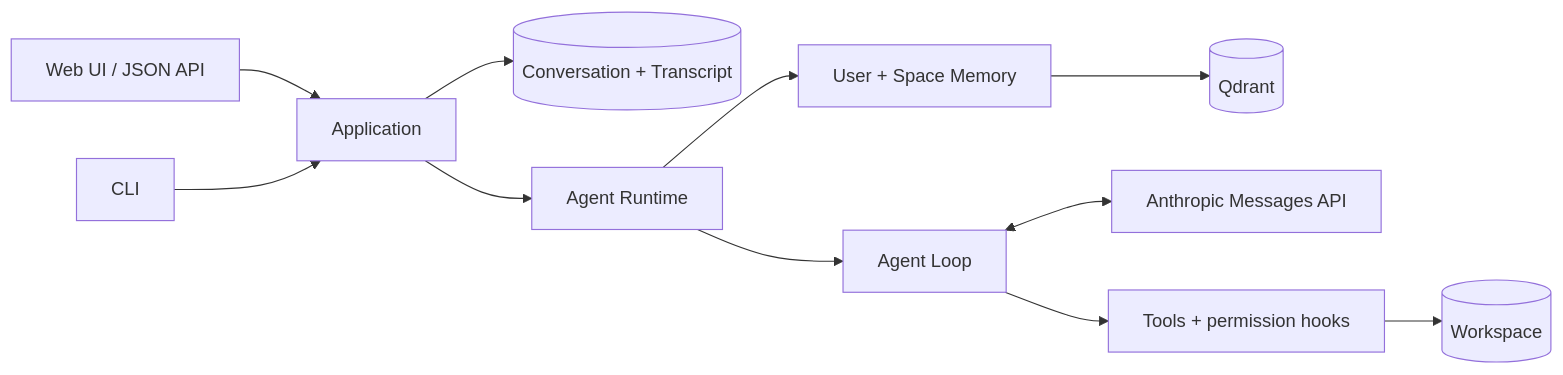
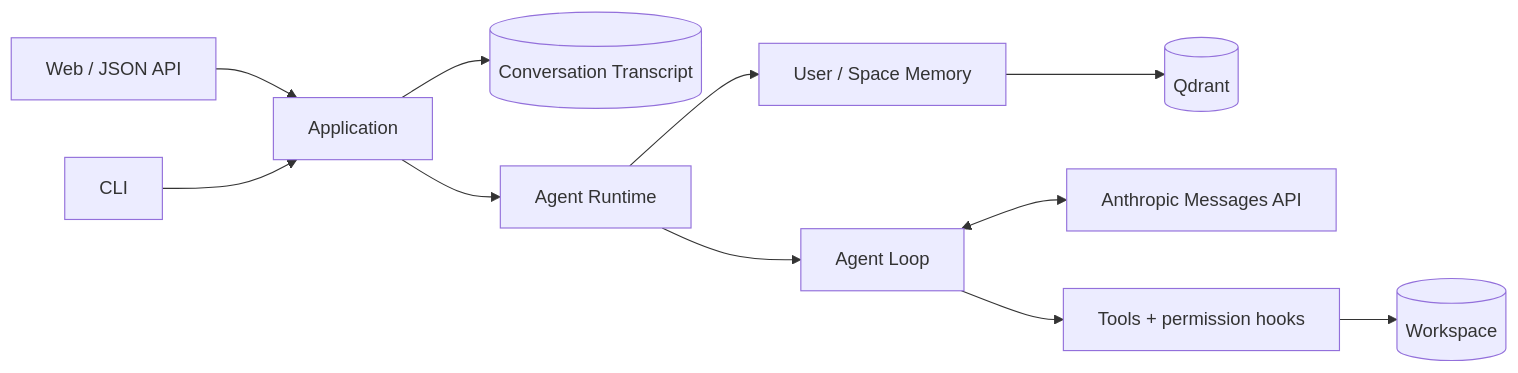
The diagram in README.en.md (JohnnyYwQ/mini-code-agent), drawn with Mermaid before and after one commit. The commit also changed other lines of this file and 113 other files, not shown here.

````diff
--- a/README.en.md
+++ b/README.en.md
@@ -80,13 +54,13 @@
 ```mermaid
 flowchart LR
-    Web[Web UI / JSON API] --> App[Application]
+    Web[Web / JSON API] --> App[Application]
     CLI[CLI] --> App
-    App --> DB[(Conversation + Transcript)]
+    App --> DB[(Conversation Transcript)]
     App --> Runtime[Agent Runtime]
-    Runtime --> Memory[User + Space Memory]
+    Runtime --> Memory[User / Space Memory]
     Memory --> Qdrant[(Qdrant)]
     Runtime --> Loop[Agent Loop]
     Loop <--> API[Anthropic Messages API]
     Loop --> Tools[Tools + permission hooks]
     Tools --> Workspace[(Workspace)]
 ```
````
